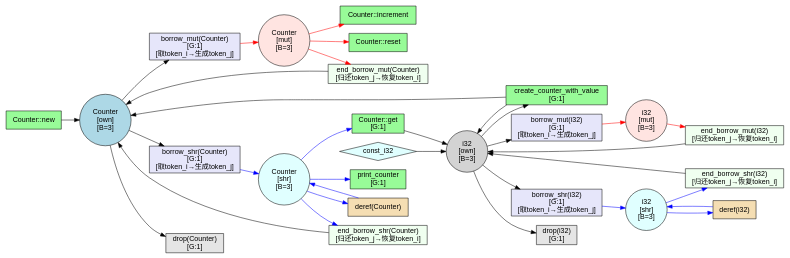
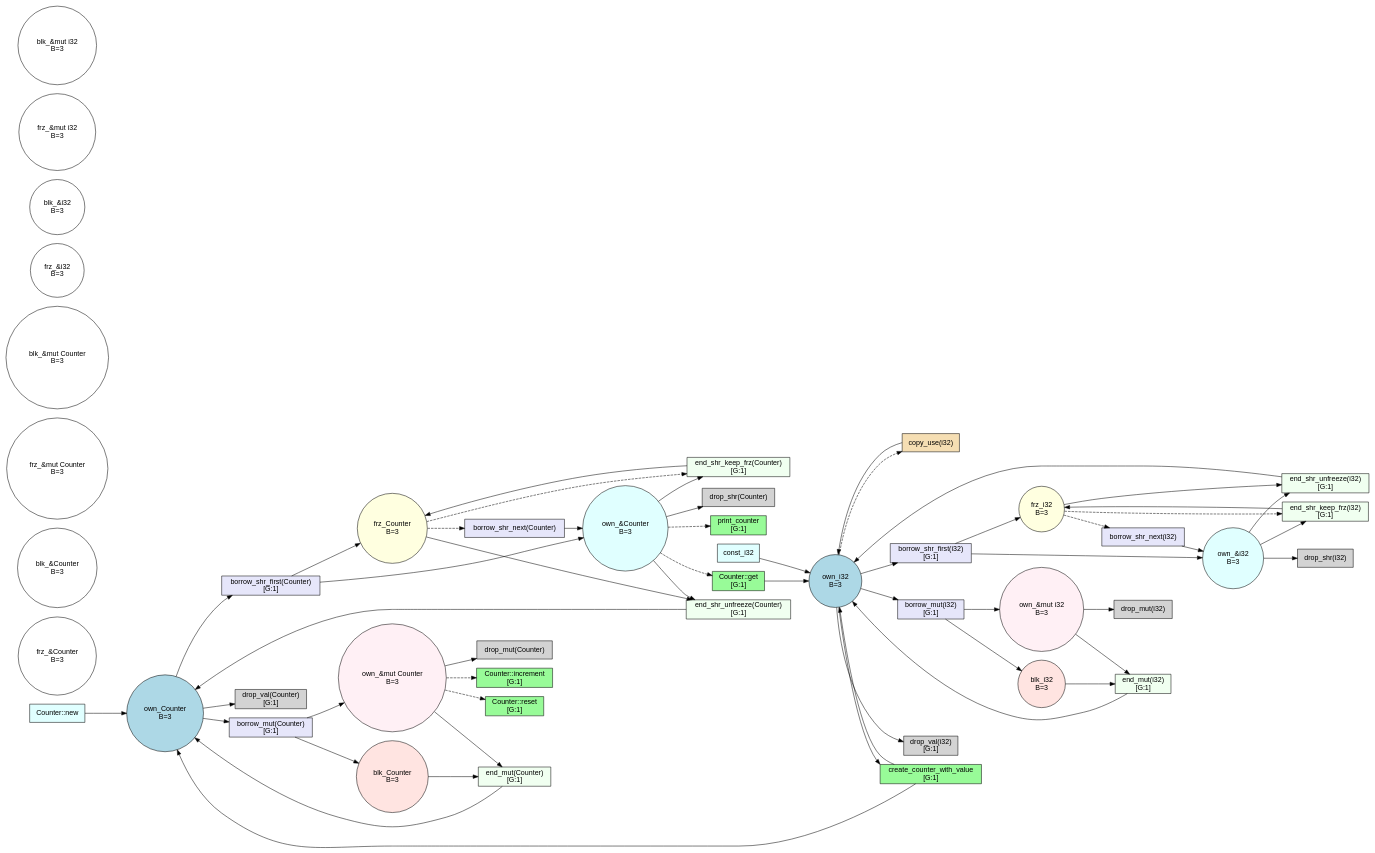
Before and after one commit to kevindadi/RustSynth: the diagram in test_output/simple_counter/pcpn.dot, drawn with Graphviz. The commit also changed 68 other files, not shown here.

```diff
--- a/test_output/simple_counter/pcpn.dot
+++ b/test_output/simple_counter/pcpn.dot
@@ -1,70 +1,105 @@
 digraph PCPN {
   rankdir=LR;
   fontname="Helvetica";
   node [fontname="Helvetica"];
   edge [fontname="Helvetica"];
-  // PCPN: One place per type (simplified)
 
-  // ========== Places ==========
-  p0 [label="Counter\n[own]\n[B=3]", shape=circle, style=filled, fillcolor=lightblue, peripheries=1];
-  p1 [label="Counter\n[shr]\n[B=3]", shape=circle, style=filled, fillcolor=lightcyan, peripheries=1];
-  p2 [label="Counter\n[mut]\n[B=3]", shape=circle, style=filled, fillcolor=mistyrose, peripheries=1];
-  p3 [label="i32\n[own]\n[B=3]", shape=circle, style=filled, fillcolor=lightgray, peripheries=1];
-  p4 [label="i32\n[shr]\n[B=3]", shape=circle, style=filled, fillcolor=lightcyan, peripheries=1];
-  p5 [label="i32\n[mut]\n[B=3]", shape=circle, style=filled, fillcolor=mistyrose, peripheries=1];
+  p0 [label="own_Counter\nB=3", shape=circle, style=filled, fillcolor=lightblue];
+  p1 [label="frz_Counter\nB=3", shape=circle, style=filled, fillcolor=lightyellow];
+  p2 [label="blk_Counter\nB=3", shape=circle, style=filled, fillcolor=mistyrose];
+  p3 [label="own_&Counter\nB=3", shape=circle, style=filled, fillcolor=lightcyan];
+  p4 [label="frz_&Counter\nB=3", shape=circle, style=filled, fillcolor=white];
+  p5 [label="blk_&Counter\nB=3", shape=circle, style=filled, fillcolor=white];
+  p6 [label="own_&mut Counter\nB=3", shape=circle, style=filled, fillcolor=lavenderblush];
+  p7 [label="frz_&mut Counter\nB=3", shape=circle, style=filled, fillcolor=white];
+  p8 [label="blk_&mut Counter\nB=3", shape=circle, style=filled, fillcolor=white];
+  p9 [label="own_i32\nB=3", shape=circle, style=filled, fillcolor=lightblue];
+  p10 [label="frz_i32\nB=3", shape=circle, style=filled, fillcolor=lightyellow];
+  p11 [label="blk_i32\nB=3", shape=circle, style=filled, fillcolor=mistyrose];
+  p12 [label="own_&i32\nB=3", shape=circle, style=filled, fillcolor=lightcyan];
+  p13 [label="frz_&i32\nB=3", shape=circle, style=filled, fillcolor=white];
+  p14 [label="blk_&i32\nB=3", shape=circle, style=filled, fillcolor=white];
+  p15 [label="own_&mut i32\nB=3", shape=circle, style=filled, fillcolor=lavenderblush];
+  p16 [label="frz_&mut i32\nB=3", shape=circle, style=filled, fillcolor=white];
+  p17 [label="blk_&mut i32\nB=3", shape=circle, style=filled, fillcolor=white];
 
-  // ========== Transitions ==========
-  t0 [label="Counter::new", shape=box, style=filled, fillcolor=palegreen];
-  t1 [label="Counter::increment", shape=box, style=filled, fillcolor=palegreen];
+  t0 [label="Counter::new", shape=box, style=filled, fillcolor=lightcyan];
+  t1 [label="Counter::increment\n[G:1]", shape=box, style=filled, fillcolor=palegreen];
   t2 [label="Counter::get\n[G:1]", shape=box, style=filled, fillcolor=palegreen];
-  t3 [label="Counter::reset", shape=box, style=filled, fillcolor=palegreen];
+  t3 [label="Counter::reset\n[G:1]", shape=box, style=filled, fillcolor=palegreen];
   t4 [label="print_counter\n[G:1]", shape=box, style=filled, fillcolor=palegreen];
   t5 [label="create_counter_with_value\n[G:1]", shape=box, style=filled, fillcolor=palegreen];
-  t6 [label="borrow_mut(Counter)\n[G:1]\n[取token_i→生成token_j]", shape=box, style=filled, fillcolor=lavender];
-  t7 [label="end_borrow_mut(Counter)\n[归还token_j→恢复token_i]", shape=box, style=filled, fillcolor=honeydew];
-  t8 [label="borrow_shr(Counter)\n[G:1]\n[取token_i→生成token_j]", shape=box, style=filled, fillcolor=lavender];
-  t9 [label="end_borrow_shr(Counter)\n[归还token_j→恢复token_i]", shape=box, style=filled, fillcolor=honeydew];
-  t10 [label="deref(Counter)", shape=box, style=filled, fillcolor=wheat];
-  t11 [label="drop(Counter)\n[G:1]", shape=box, style=filled, fillcolor=gray90];
-  t12 [label="borrow_mut(i32)\n[G:1]\n[取token_i→生成token_j]", shape=box, style=filled, fillcolor=lavender];
-  t13 [label="end_borrow_mut(i32)\n[归还token_j→恢复token_i]", shape=box, style=filled, fillcolor=honeydew];
-  t14 [label="borrow_shr(i32)\n[G:1]\n[取token_i→生成token_j]", shape=box, style=filled, fillcolor=lavender];
-  t15 [label="end_borrow_shr(i32)\n[归还token_j→恢复token_i]", shape=box, style=filled, fillcolor=honeydew];
-  t16 [label="deref(i32)", shape=box, style=filled, fillcolor=wheat];
-  t17 [label="drop(i32)\n[G:1]", shape=box, style=filled, fillcolor=gray90];
-  t18 [label="const_i32", shape=diamond, style=filled, fillcolor=lightcyan];
+  t6 [label="borrow_shr_first(Counter)\n[G:1]", shape=box, style=filled, fillcolor=lavender];
+  t7 [label="borrow_shr_next(Counter)", shape=box, style=filled, fillcolor=lavender];
+  t8 [label="end_shr_keep_frz(Counter)\n[G:1]", shape=box, style=filled, fillcolor=honeydew];
+  t9 [label="end_shr_unfreeze(Counter)\n[G:1]", shape=box, style=filled, fillcolor=honeydew];
+  t10 [label="borrow_mut(Counter)\n[G:1]", shape=box, style=filled, fillcolor=lavender];
+  t11 [label="end_mut(Counter)\n[G:1]", shape=box, style=filled, fillcolor=honeydew];
+  t12 [label="drop_val(Counter)\n[G:1]", shape=box, style=filled, fillcolor=lightgray];
+  t13 [label="drop_shr(Counter)", shape=box, style=filled, fillcolor=lightgray];
+  t14 [label="drop_mut(Counter)", shape=box, style=filled, fillcolor=lightgray];
+  t15 [label="borrow_shr_first(i32)\n[G:1]", shape=box, style=filled, fillcolor=lavender];
+  t16 [label="borrow_shr_next(i32)", shape=box, style=filled, fillcolor=lavender];
+  t17 [label="end_shr_keep_frz(i32)\n[G:1]", shape=box, style=filled, fillcolor=honeydew];
+  t18 [label="end_shr_unfreeze(i32)\n[G:1]", shape=box, style=filled, fillcolor=honeydew];
+  t19 [label="borrow_mut(i32)\n[G:1]", shape=box, style=filled, fillcolor=lavender];
+  t20 [label="end_mut(i32)\n[G:1]", shape=box, style=filled, fillcolor=honeydew];
+  t21 [label="drop_val(i32)\n[G:1]", shape=box, style=filled, fillcolor=lightgray];
+  t22 [label="drop_shr(i32)", shape=box, style=filled, fillcolor=lightgray];
+  t23 [label="drop_mut(i32)", shape=box, style=filled, fillcolor=lightgray];
+  t24 [label="const_i32", shape=box, style=filled, fillcolor=lightcyan];
+  t25 [label="copy_use(i32)", shape=box, style=filled, fillcolor=wheat];
 
-  // ========== Arcs ==========
-  t0 -> p0 [style=solid, color="black"];
-  p2 -> t1 [style=solid, arrowhead=normal, color="red"];
-  p1 -> t2 [style=solid, arrowhead=normal, color="blue"];
-  t2 -> p3 [style=solid, color="black"];
-  p2 -> t3 [style=solid, arrowhead=normal, color="red"];
-  p1 -> t4 [style=solid, arrowhead=normal, color="blue"];
-  p3 -> t5 [style=solid, arrowhead=normal, color="black"];
-  t5 -> p3 [style=solid, color="black"];
-  t5 -> p0 [style=solid, color="black"];
-  p0 -> t6 [style=solid, arrowhead=normal, color="black"];
-  t6 -> p2 [style=solid, color="red"];
-  p2 -> t7 [style=solid, arrowhead=normal, color="red"];
-  t7 -> p0 [style=solid, color="black"];
-  p0 -> t8 [style=solid, arrowhead=normal, color="black"];
-  t8 -> p1 [style=solid, color="blue"];
-  p1 -> t9 [style=solid, arrowhead=normal, color="blue"];
-  t9 -> p0 [style=solid, color="black"];
-  p1 -> t10 [style=solid, arrowhead=normal, color="blue"];
-  t10 -> p1 [style=solid, color="blue"];
-  p0 -> t11 [style=solid, arrowhead=normal, color="black"];
-  p3 -> t12 [style=solid, arrowhead=normal, color="black"];
-  t12 -> p5 [style=solid, color="red"];
-  p5 -> t13 [style=solid, arrowhead=normal, color="red"];
-  t13 -> p3 [style=solid, color="black"];
-  p3 -> t14 [style=solid, arrowhead=normal, color="black"];
-  t14 -> p4 [style=solid, color="blue"];
-  p4 -> t15 [style=solid, arrowhead=normal, color="blue"];
-  t15 -> p3 [style=solid, color="black"];
-  p4 -> t16 [style=solid, arrowhead=normal, color="blue"];
-  t16 -> p4 [style=solid, color="blue"];
-  p3 -> t17 [style=solid, arrowhead=normal, color="black"];
-  t18 -> p3 [style=solid, color="black"];
+  t0 -> p0;
+  p6 -> t1 [style=dashed];
+  p3 -> t2 [style=dashed];
+  t2 -> p9;
+  p6 -> t3 [style=dashed];
+  p3 -> t4 [style=dashed];
+  p9 -> t5 [style=solid];
+  t5 -> p9;
+  t5 -> p0;
+  p0 -> t6 [style=solid];
+  t6 -> p1;
+  t6 -> p3;
+  p1 -> t7 [style=dashed];
+  t7 -> p3;
+  p1 -> t8 [style=dashed];
+  p3 -> t8 [style=solid];
+  t8 -> p1;
+  p1 -> t9 [style=solid];
+  p3 -> t9 [style=solid];
+  t9 -> p0;
+  p0 -> t10 [style=solid];
+  t10 -> p2;
+  t10 -> p6;
+  p2 -> t11 [style=solid];
+  p6 -> t11 [style=solid];
+  t11 -> p0;
+  p0 -> t12 [style=solid];
+  p3 -> t13 [style=solid];
+  p6 -> t14 [style=solid];
+  p9 -> t15 [style=solid];
+  t15 -> p10;
+  t15 -> p12;
+  p10 -> t16 [style=dashed];
+  t16 -> p12;
+  p10 -> t17 [style=dashed];
+  p12 -> t17 [style=solid];
+  t17 -> p10;
+  p10 -> t18 [style=solid];
+  p12 -> t18 [style=solid];
+  t18 -> p9;
+  p9 -> t19 [style=solid];
+  t19 -> p11;
+  t19 -> p15;
+  p11 -> t20 [style=solid];
+  p15 -> t20 [style=solid];
+  t20 -> p9;
+  p9 -> t21 [style=solid];
+  p12 -> t22 [style=solid];
+  p15 -> t23 [style=solid];
+  t24 -> p9;
+  p9 -> t25 [style=dashed];
+  t25 -> p9;
 }
```
